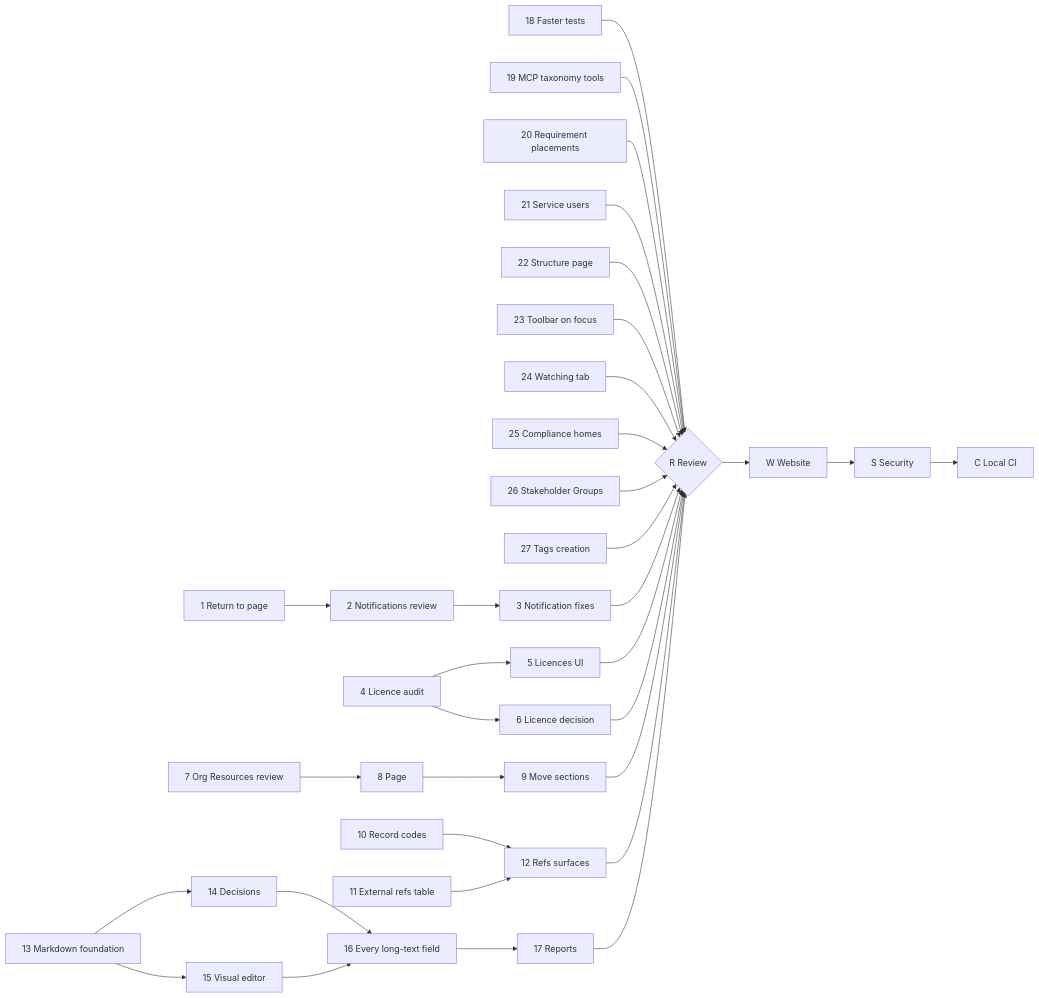
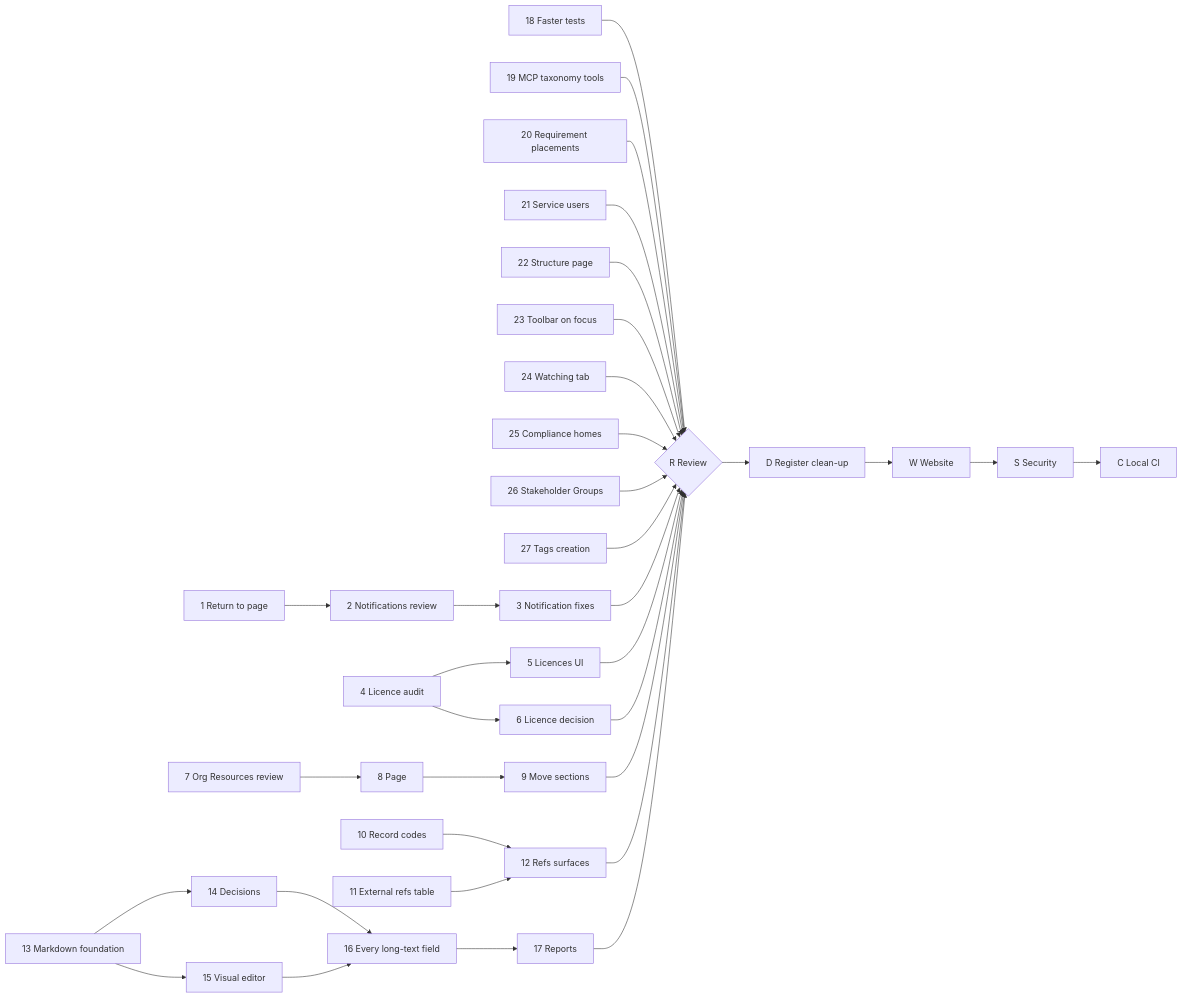
One commit to ballardr/reqtrackmanager changed the diagram in docs/plans/platform-review-2026-11-19-plan.md. Above: the diagram before and after it, drawn with Mermaid. The commit also changed other lines of this file and 12 other files, not shown here.

````diff
--- a/docs/plans/platform-review-2026-11-19-plan.md
+++ b/docs/plans/platform-review-2026-11-19-plan.md
@@ -45,32 +46,32 @@
 ```mermaid
 flowchart LR
     P1["1 Return to page"] --> P2["2 Notifications review"]
     P2 --> P3["3 Notification fixes"]
     P4["4 Licence audit"] --> P5["5 Licences UI"]
     P4 --> P6["6 Licence decision"]
     P7["7 Org Resources review"] --> P8["8 Page"] --> P9["9 Move sections"]
     P10["10 Record codes"] --> P12["12 Refs surfaces"]
     P11["11 External refs table"] --> P12
     P13["13 Markdown foundation"] --> P14["14 Decisions"]
     P13 --> P15["15 Visual editor"]
     P14 --> P16["16 Every long-text field"]
     P15 --> P16
     P16 --> P17["17 Reports"]
     P18["18 Faster tests"] --> R
     P19["19 MCP taxonomy tools"] --> R
     P20["20 Requirement placements"] --> R
     P21["21 Service users"] --> R
     P22["22 Structure page"] --> R
     P23["23 Toolbar on focus"] --> R
     P24["24 Watching tab"] --> R
     P25["25 Compliance homes"] --> R
     P26["26 Stakeholder Groups"] --> R
     P27["27 Tags creation"] --> R
     P3 --> R{"R Review"}
     P5 --> R
     P6 --> R
     P9 --> R
     P12 --> R
     P17 --> R
-    R --> W["W Website"] --> S["S Security"] --> C["C Local CI"]
+    R --> D["D Register clean-up"] --> W["W Website"] --> S["S Security"] --> C["C Local CI"]
 ```
````
